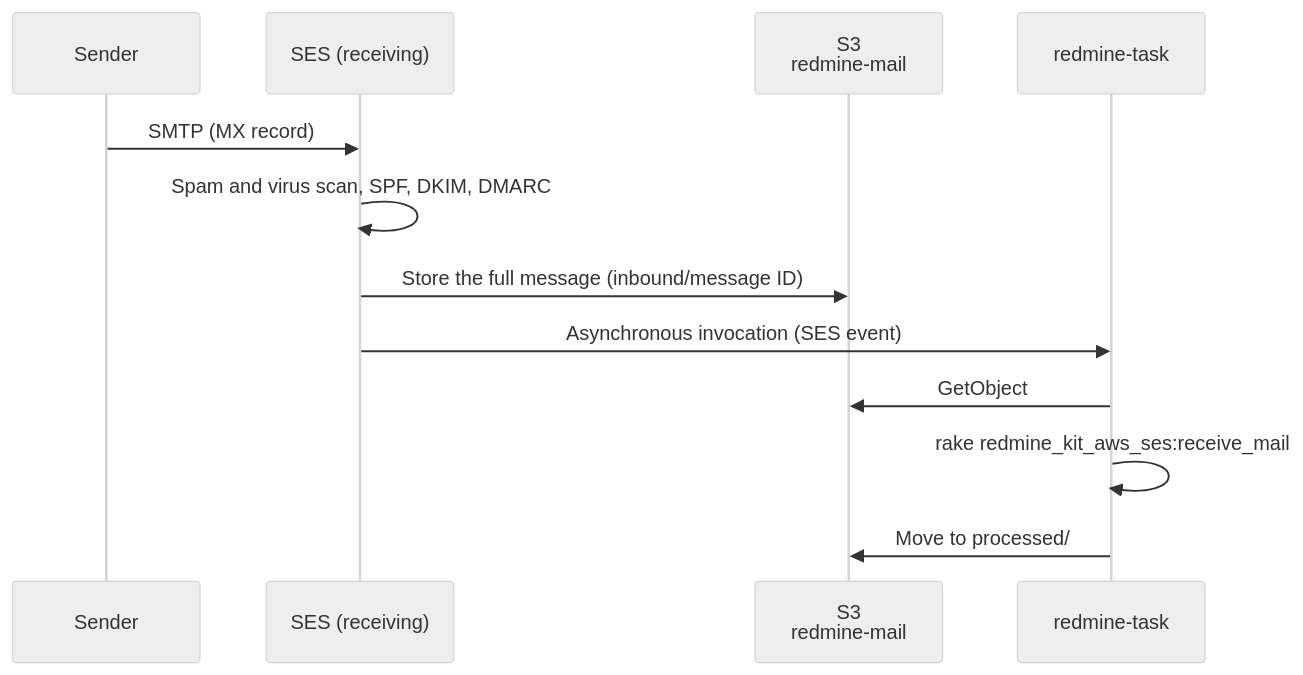
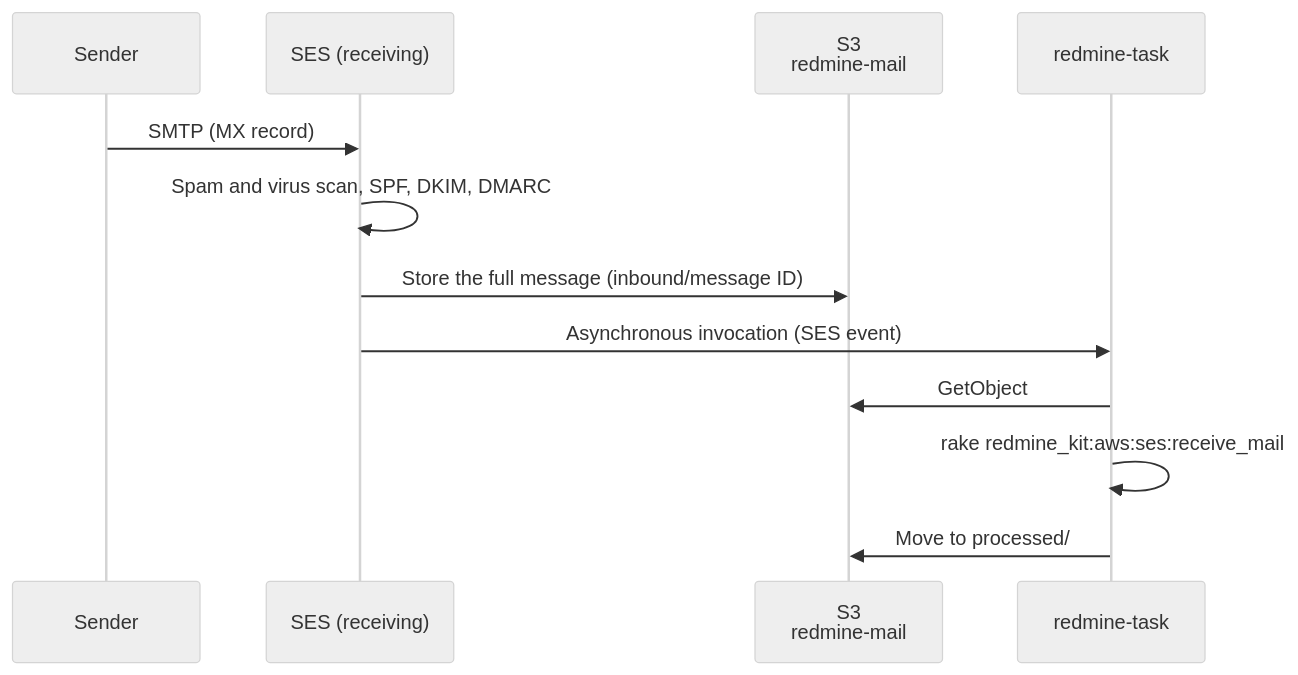
Before and after one commit to redmine-kit/serverless: the second of 2 diagrams in docs/mail.md, drawn with Mermaid (neutral theme). The commit also changed other lines of this file and 16 other files, not shown here.

First line of the commit message:
Run the plugins' tasks as redmine_kit:aws:*, prune with DAYS

````diff
--- a/docs/mail.md
+++ b/docs/mail.md
@@ -82,14 +82,14 @@
 ```mermaid
 sequenceDiagram
   participant S as Sender
   participant E as SES (receiving)
   participant B as S3<br>redmine-mail
   participant T as redmine-task
   S->>E: SMTP (MX record)
   E->>E: Spam and virus scan, SPF, DKIM, DMARC
   E->>B: Store the full message (inbound/message ID)
   E->>T: Asynchronous invocation (SES event)
   T->>B: GetObject
-  T->>T: rake redmine_kit_aws_ses:receive_mail
+  T->>T: rake redmine_kit:aws:ses:receive_mail
   T->>B: Move to processed/
 ```
````
